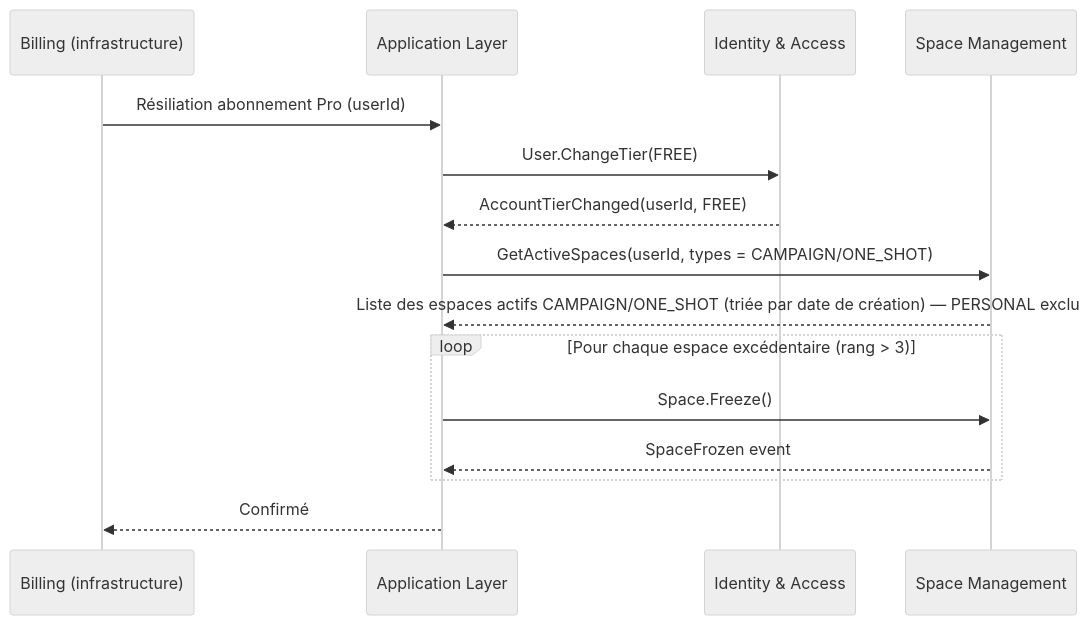
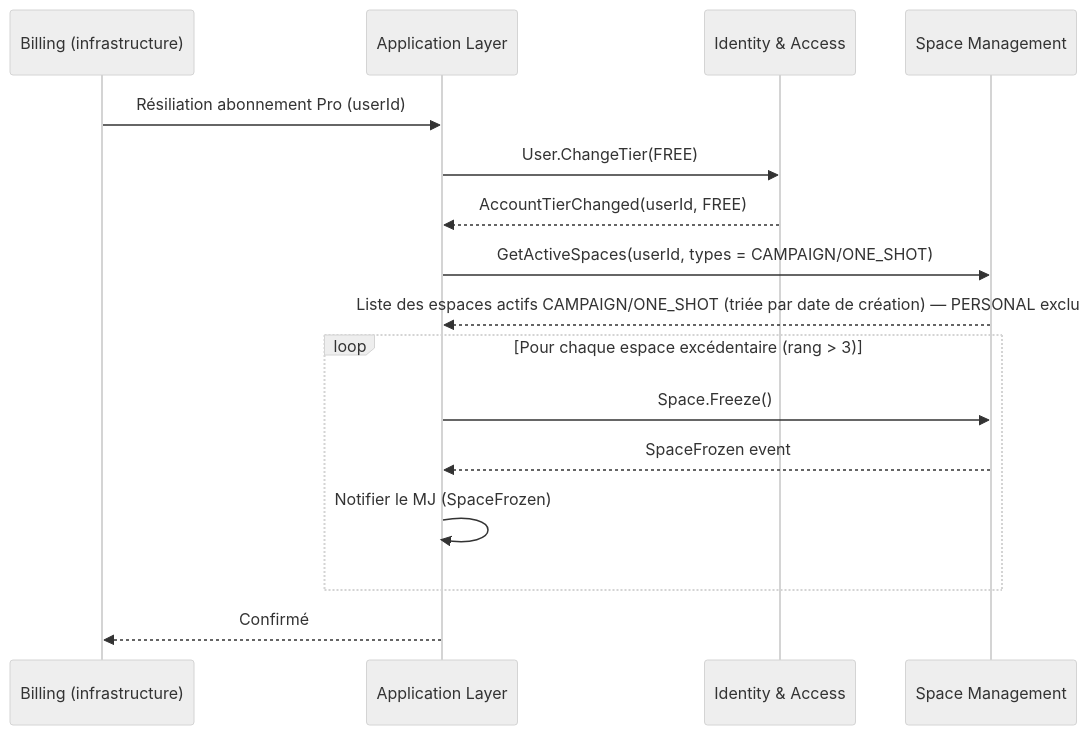
Before and after one commit to 2025-10-CDA-ECO-P6/PM-micro-saas: the fifth of 7 diagrams in docs/domaine/space-management/flows.md, drawn with Mermaid (neutral theme). The commit also changed 1 other file, not shown here.

Commit message:
docs(domaine): une seule orchestration du gel et du dégel des espaces
Le flux 5 d'Identity & Access faisait geler Space Management en interne,
le flux 5 de Space Management faisait orchestrer l'Application. Choix :
l'Application. Freeze() et Unfreeze() sont des commandes d'un agrégat
Space ; choisir les espaces excédentaires parmi plusieurs agrégats ne
peut pas se faire dans l'un d'eux. C'est le même patron que le quota du
flux 1 et GetBlockingSpaces. Les deux flux notifient le MJ du gel,
puisque l'Application consomme SpaceFrozen (UC-15 § 6, catalogue).

````diff
--- a/docs/domaine/space-management/flows.md
+++ b/docs/domaine/space-management/flows.md
@@ -89,18 +89,19 @@
 ```mermaid
 sequenceDiagram
     participant Billing as Billing (infrastructure)
     participant App as Application Layer
     participant IA as Identity & Access
     participant SM as Space Management
 
     Billing->>App: Résiliation abonnement Pro (userId)
     App->>IA: User.ChangeTier(FREE)
     IA-->>App: AccountTierChanged(userId, FREE)
     App->>SM: GetActiveSpaces(userId, types = CAMPAIGN/ONE_SHOT)
     SM-->>App: Liste des espaces actifs CAMPAIGN/ONE_SHOT (triée par date de création) — PERSONAL exclu
     loop Pour chaque espace excédentaire (rang > 3)
         App->>SM: Space.Freeze()
         SM-->>App: SpaceFrozen event
+        App->>App: Notifier le MJ (SpaceFrozen)
     end
     App-->>Billing: Confirmé
 ```
````
